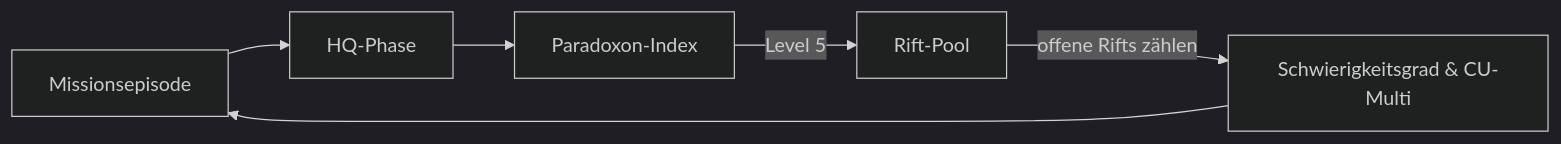
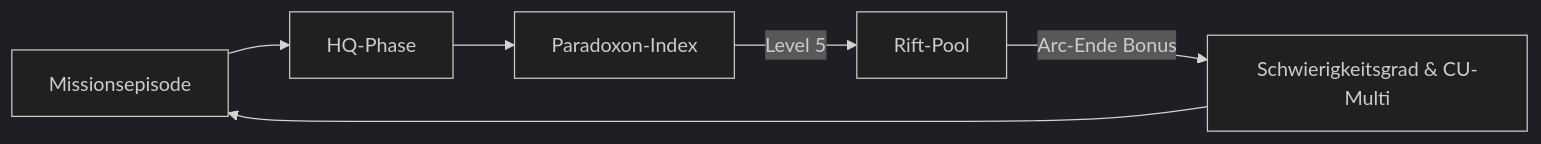
Before and after one commit to pchospital-lab/ZEITRISS-md: the second of 3 diagrams in gameplay/kampagnenstruktur.md, drawn with Mermaid (dark theme). The commit also changed other lines of this file and 8 other files, not shown here.

````diff
--- a/gameplay/kampagnenstruktur.md
+++ b/gameplay/kampagnenstruktur.md
@@ -289,8 +288,8 @@
 ```mermaid
 graph LR
 A[Missionsepisode] --> C[HQ-Phase]
 C --> B[Paradoxon-Index]
 B -->|Level 5| D[Rift-Pool]
-D -->|offene Rifts zählen| E[Schwierigkeitsgrad & CU-Multi]
+D -->|Arc-Ende Bonus| E[Schwierigkeitsgrad & CU-Multi]
 E --> A
 ```
````
